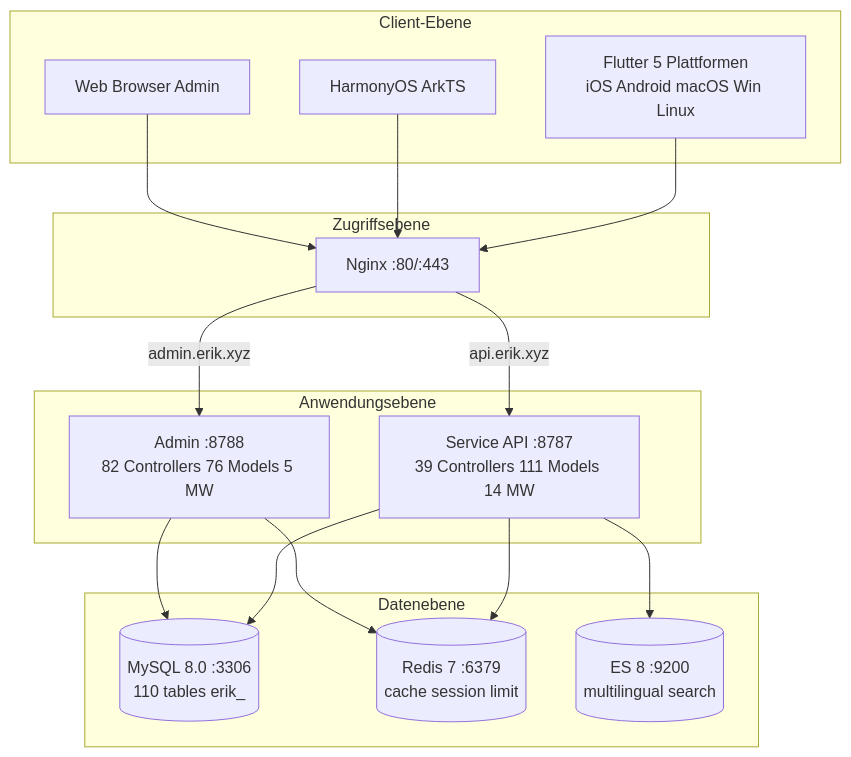
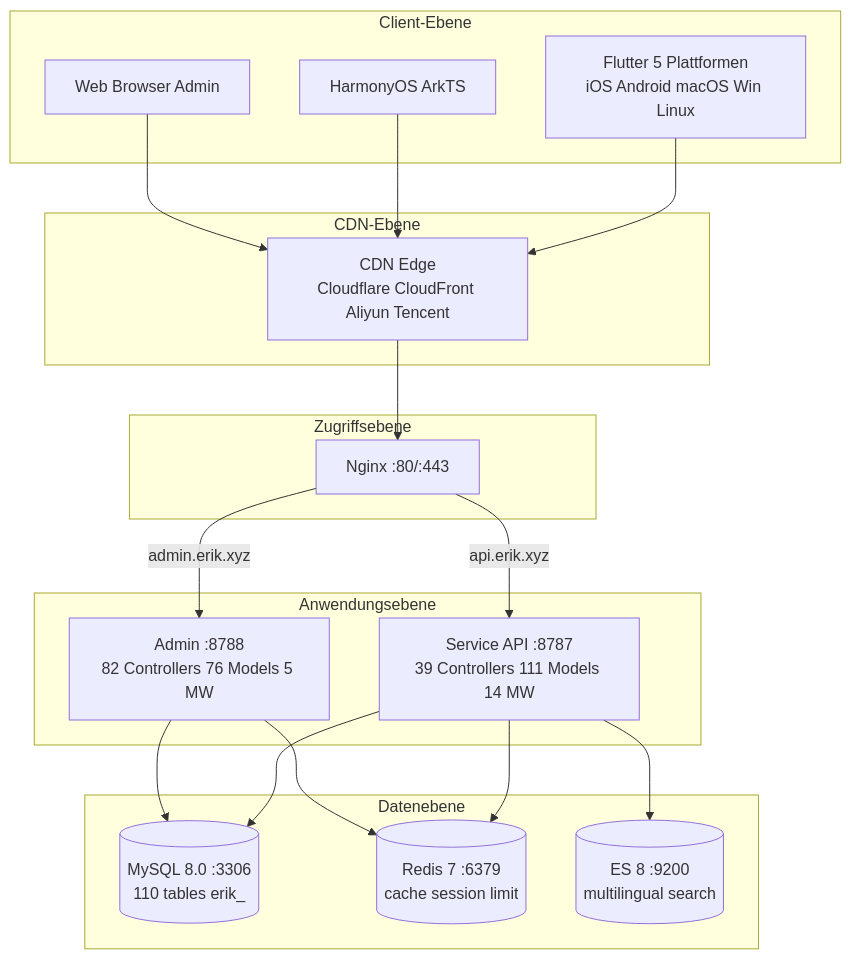
The first of 6 diagrams in docs/i18n/de/architecture-full.md (erikwang2013/erik-shop), drawn with Mermaid before and after one commit. The commit also changed other lines of this file and 191 other files, not shown here.

First line of the commit message:
v1.2.0：CDN 内容分发接入（Origin-Pull 回源 + 四大云厂商适配 + 管理端配置/刷新/日志 + 上传持久化 + 全文档与12语言i18n同步 + Crypto 捐赠图文入库）

````diff
--- a/docs/i18n/de/architecture-full.md
+++ b/docs/i18n/de/architecture-full.md
@@ -40,30 +40,34 @@
 ```mermaid
 graph TD
     subgraph Clients[Client-Ebene]
         F[Flutter 5 Plattformen<br/>iOS Android macOS Win Linux]
         H[HarmonyOS ArkTS]
         W[Web Browser Admin]
+    end
+    subgraph Cdn[CDN-Ebene]
+        C[CDN Edge<br/>Cloudflare CloudFront Aliyun Tencent]
     end
     subgraph Gateway[Zugriffsebene]
         N[Nginx :80/:443]
     end
     subgraph Apps[Anwendungsebene]
         S[Service API :8787<br/>39 Controllers 111 Models 14 MW]
         A[Admin :8788<br/>82 Controllers 76 Models 5 MW]
     end
     subgraph Data[Datenebene]
         M[(MySQL 8.0 :3306<br/>110 tables erik_)]
         R[(Redis 7 :6379<br/>cache session limit)]
         E[(ES 8 :9200<br/>multilingual search)]
     end
-    F --> N
-    H --> N
-    W --> N
+    F --> C
+    H --> C
+    W --> C
+    C --> N
     N -->|api.erik.xyz| S
     N -->|admin.erik.xyz| A
     S --> M
     S --> R
     S --> E
     A --> M
     A --> R
 ```
````
